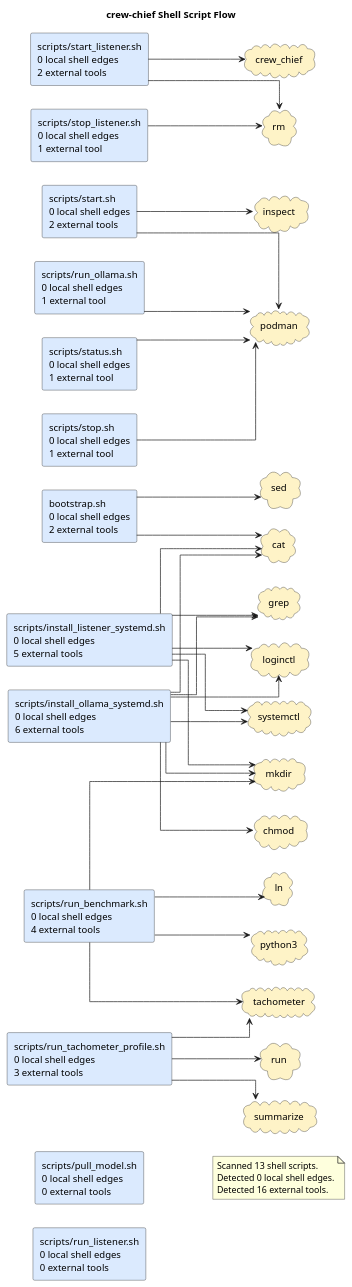
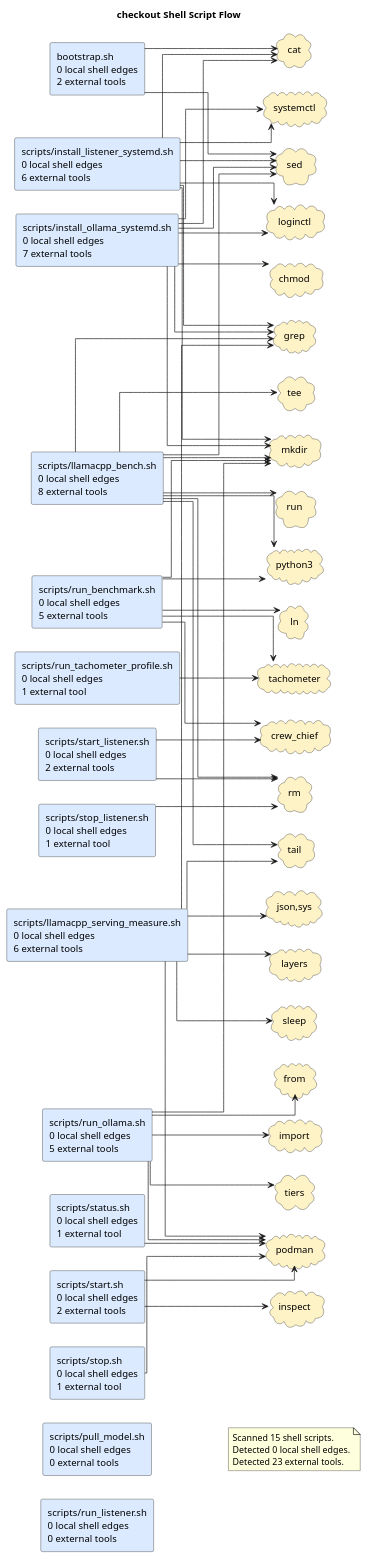
Before and after one commit to casonk/crew-chief: the diagram in docs/diagrams/shell-call-graph.puml, drawn with PlantUML. The commit also changed 13 other files, not shown here.

Commit message:
docs: refresh generated architecture diagrams (#28)

```diff
--- a/docs/diagrams/shell-call-graph.puml
+++ b/docs/diagrams/shell-call-graph.puml
@@ -1,70 +1,98 @@
 @startuml
-title crew-chief Shell Script Flow
+title checkout Shell Script Flow
 left to right direction
 skinparam shadowing false
 skinparam defaultFontName Monospace
 skinparam componentStyle rectangle
 skinparam linetype ortho
 rectangle "bootstrap.sh\n0 local shell edges\n2 external tools" as shell_bootstrap_sh #DBEAFE
-rectangle "scripts/install_listener_systemd.sh\n0 local shell edges\n5 external tools" as shell_scripts_install_listener_systemd_sh #DBEAFE
-rectangle "scripts/install_ollama_systemd.sh\n0 local shell edges\n6 external tools" as shell_scripts_install_ollama_systemd_sh #DBEAFE
+rectangle "scripts/install_listener_systemd.sh\n0 local shell edges\n6 external tools" as shell_scripts_install_listener_systemd_sh #DBEAFE
+rectangle "scripts/install_ollama_systemd.sh\n0 local shell edges\n7 external tools" as shell_scripts_install_ollama_systemd_sh #DBEAFE
+rectangle "scripts/llamacpp_bench.sh\n0 local shell edges\n8 external tools" as shell_scripts_llamacpp_bench_sh #DBEAFE
+rectangle "scripts/llamacpp_serving_measure.sh\n0 local shell edges\n6 external tools" as shell_scripts_llamacpp_serving_measure_sh #DBEAFE
 rectangle "scripts/pull_model.sh\n0 local shell edges\n0 external tools" as shell_scripts_pull_model_sh #DBEAFE
-rectangle "scripts/run_benchmark.sh\n0 local shell edges\n4 external tools" as shell_scripts_run_benchmark_sh #DBEAFE
+rectangle "scripts/run_benchmark.sh\n0 local shell edges\n5 external tools" as shell_scripts_run_benchmark_sh #DBEAFE
 rectangle "scripts/run_listener.sh\n0 local shell edges\n0 external tools" as shell_scripts_run_listener_sh #DBEAFE
-rectangle "scripts/run_ollama.sh\n0 local shell edges\n1 external tool" as shell_scripts_run_ollama_sh #DBEAFE
-rectangle "scripts/run_tachometer_profile.sh\n0 local shell edges\n3 external tools" as shell_scripts_run_tachometer_profile_sh #DBEAFE
+rectangle "scripts/run_ollama.sh\n0 local shell edges\n5 external tools" as shell_scripts_run_ollama_sh #DBEAFE
+rectangle "scripts/run_tachometer_profile.sh\n0 local shell edges\n1 external tool" as shell_scripts_run_tachometer_profile_sh #DBEAFE
 rectangle "scripts/start.sh\n0 local shell edges\n2 external tools" as shell_scripts_start_sh #DBEAFE
 rectangle "scripts/start_listener.sh\n0 local shell edges\n2 external tools" as shell_scripts_start_listener_sh #DBEAFE
 rectangle "scripts/status.sh\n0 local shell edges\n1 external tool" as shell_scripts_status_sh #DBEAFE
 rectangle "scripts/stop.sh\n0 local shell edges\n1 external tool" as shell_scripts_stop_sh #DBEAFE
 rectangle "scripts/stop_listener.sh\n0 local shell edges\n1 external tool" as shell_scripts_stop_listener_sh #DBEAFE
 cloud "cat" as tool_cat #FEF3C7
 cloud "chmod" as tool_chmod #FEF3C7
 cloud "crew_chief" as tool_crew_chief #FEF3C7
+cloud "from" as tool_from #FEF3C7
 cloud "grep" as tool_grep #FEF3C7
+cloud "import" as tool_import #FEF3C7
 cloud "inspect" as tool_inspect #FEF3C7
+cloud "json,sys" as tool_json_sys #FEF3C7
+cloud "layers" as tool_layers #FEF3C7
 cloud "ln" as tool_ln #FEF3C7
 cloud "loginctl" as tool_loginctl #FEF3C7
 cloud "mkdir" as tool_mkdir #FEF3C7
 cloud "podman" as tool_podman #FEF3C7
 cloud "python3" as tool_python3 #FEF3C7
 cloud "rm" as tool_rm #FEF3C7
 cloud "run" as tool_run #FEF3C7
 cloud "sed" as tool_sed #FEF3C7
-cloud "summarize" as tool_summarize #FEF3C7
+cloud "sleep" as tool_sleep #FEF3C7
 cloud "systemctl" as tool_systemctl #FEF3C7
 cloud "tachometer" as tool_tachometer #FEF3C7
+cloud "tail" as tool_tail #FEF3C7
+cloud "tee" as tool_tee #FEF3C7
+cloud "tiers" as tool_tiers #FEF3C7
 shell_bootstrap_sh --> tool_cat
 shell_bootstrap_sh --> tool_sed
 shell_scripts_install_listener_systemd_sh --> tool_cat
 shell_scripts_install_listener_systemd_sh --> tool_grep
 shell_scripts_install_listener_systemd_sh --> tool_loginctl
 shell_scripts_install_listener_systemd_sh --> tool_mkdir
+shell_scripts_install_listener_systemd_sh --> tool_sed
 shell_scripts_install_listener_systemd_sh --> tool_systemctl
 shell_scripts_install_ollama_systemd_sh --> tool_cat
 shell_scripts_install_ollama_systemd_sh --> tool_chmod
 shell_scripts_install_ollama_systemd_sh --> tool_grep
 shell_scripts_install_ollama_systemd_sh --> tool_loginctl
 shell_scripts_install_ollama_systemd_sh --> tool_mkdir
+shell_scripts_install_ollama_systemd_sh --> tool_sed
 shell_scripts_install_ollama_systemd_sh --> tool_systemctl
+shell_scripts_llamacpp_bench_sh --> tool_grep
+shell_scripts_llamacpp_bench_sh --> tool_mkdir
+shell_scripts_llamacpp_bench_sh --> tool_python3
+shell_scripts_llamacpp_bench_sh --> tool_rm
+shell_scripts_llamacpp_bench_sh --> tool_run
+shell_scripts_llamacpp_bench_sh --> tool_sed
+shell_scripts_llamacpp_bench_sh --> tool_tail
+shell_scripts_llamacpp_bench_sh --> tool_tee
+shell_scripts_llamacpp_serving_measure_sh --> tool_grep
+shell_scripts_llamacpp_serving_measure_sh --> tool_json_sys
+shell_scripts_llamacpp_serving_measure_sh --> tool_layers
+shell_scripts_llamacpp_serving_measure_sh --> tool_podman
+shell_scripts_llamacpp_serving_measure_sh --> tool_sleep
+shell_scripts_llamacpp_serving_measure_sh --> tool_tail
+shell_scripts_run_benchmark_sh --> tool_crew_chief
 shell_scripts_run_benchmark_sh --> tool_ln
 shell_scripts_run_benchmark_sh --> tool_mkdir
 shell_scripts_run_benchmark_sh --> tool_python3
 shell_scripts_run_benchmark_sh --> tool_tachometer
+shell_scripts_run_ollama_sh --> tool_from
+shell_scripts_run_ollama_sh --> tool_import
+shell_scripts_run_ollama_sh --> tool_mkdir
 shell_scripts_run_ollama_sh --> tool_podman
-shell_scripts_run_tachometer_profile_sh --> tool_run
-shell_scripts_run_tachometer_profile_sh --> tool_summarize
+shell_scripts_run_ollama_sh --> tool_tiers
 shell_scripts_run_tachometer_profile_sh --> tool_tachometer
 shell_scripts_start_listener_sh --> tool_crew_chief
 shell_scripts_start_listener_sh --> tool_rm
 shell_scripts_start_sh --> tool_inspect
 shell_scripts_start_sh --> tool_podman
 shell_scripts_status_sh --> tool_podman
 shell_scripts_stop_listener_sh --> tool_rm
 shell_scripts_stop_sh --> tool_podman
 note as shellGraphSummary
-Scanned 13 shell scripts.
+Scanned 15 shell scripts.
 Detected 0 local shell edges.
-Detected 16 external tools.
+Detected 23 external tools.
 end note
 @enduml
```
